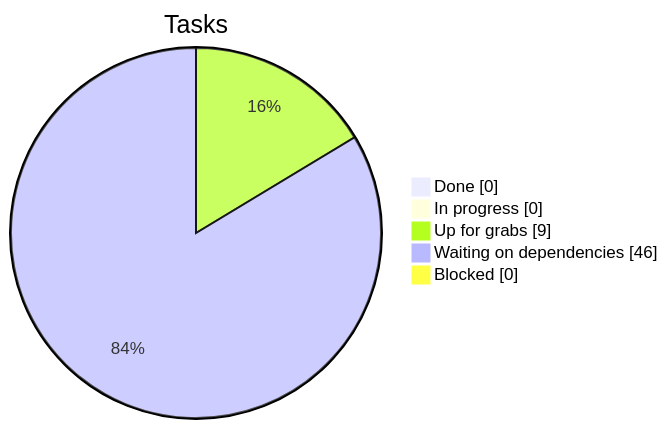
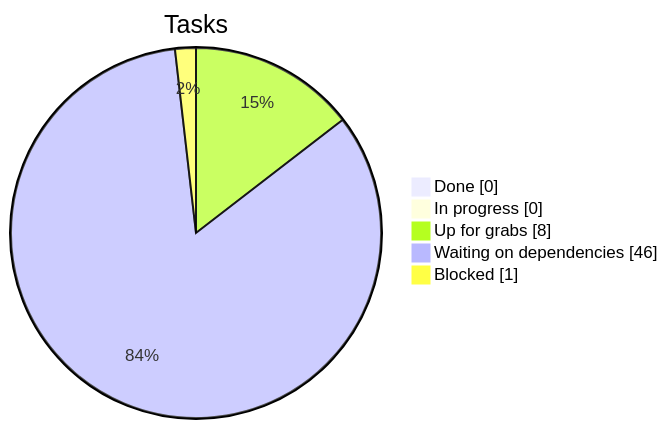
Before and after one commit to clementdumeril/tello-balloon-hunter: the diagram in STATUS.md, drawn with Mermaid. The commit also changed other lines of this file and 1 other file, not shown here.

````diff
--- a/STATUS.md
+++ b/STATUS.md
@@ -10,8 +10,8 @@
 ```mermaid
 pie showData title Tasks
     "Done" : 0
     "In progress" : 0
-    "Up for grabs" : 9
+    "Up for grabs" : 8
     "Waiting on dependencies" : 46
-    "Blocked" : 0
+    "Blocked" : 1
 ```
````
